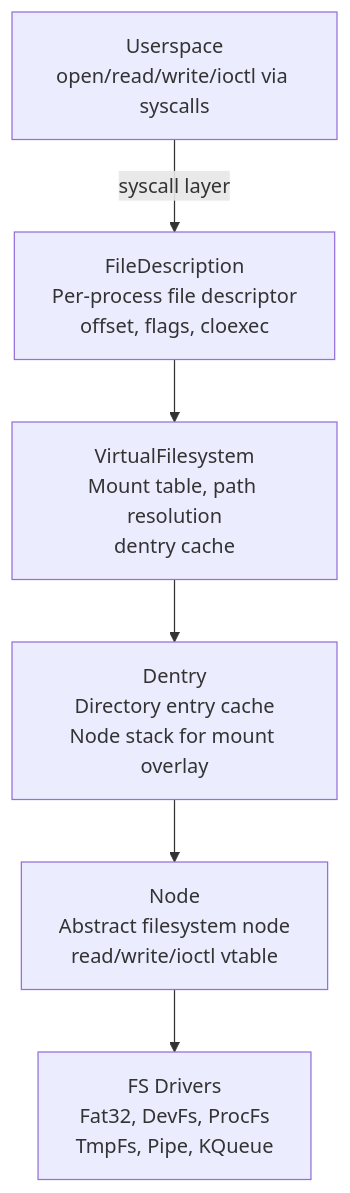
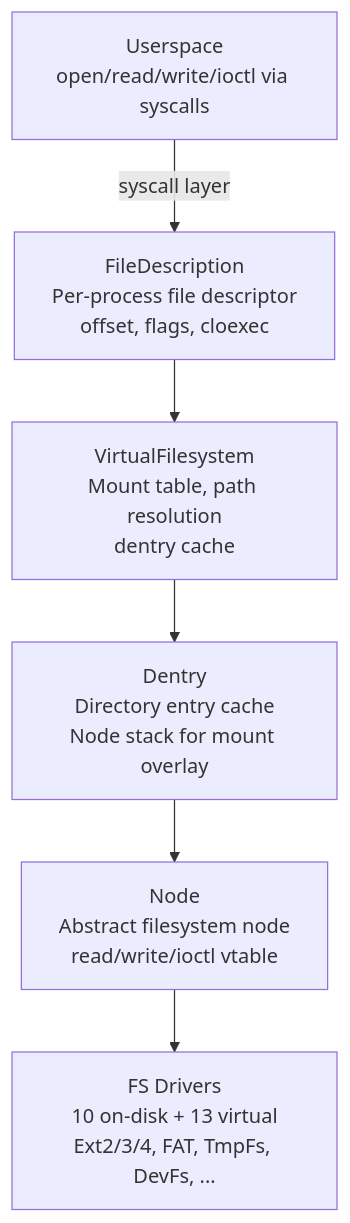
One commit to KitsuneBSD/FKernel changed the first of 4 diagrams in Docs/Domains/vfs-architecture.md. Above: the diagram before and after it, drawn with Mermaid. The commit also changed other lines of this file and 25 other files, not shown here.

````diff
--- a/Docs/Domains/vfs-architecture.md
+++ b/Docs/Domains/vfs-architecture.md
@@ -9,15 +9,15 @@
 ```mermaid
 flowchart TD
     U["Userspace<br/>open/read/write/ioctl via syscalls"]
     FD["FileDescription<br/>Per-process file descriptor<br/>offset, flags, cloexec"]
     VFS["VirtualFilesystem<br/>Mount table, path resolution<br/>dentry cache"]
     D["Dentry<br/>Directory entry cache<br/>Node stack for mount overlay"]
     N["Node<br/>Abstract filesystem node<br/>read/write/ioctl vtable"]
-    FS["FS Drivers<br/>Fat32, DevFs, ProcFs<br/>TmpFs, Pipe, KQueue"]
+    FS["FS Drivers<br/>10 on-disk + 13 virtual<br/>Ext2/3/4, FAT, TmpFs, DevFs, ..."]
 
     U -->|"syscall layer"| FD
     FD --> VFS
     VFS --> D
     D --> N
     N --> FS
 ```
````
